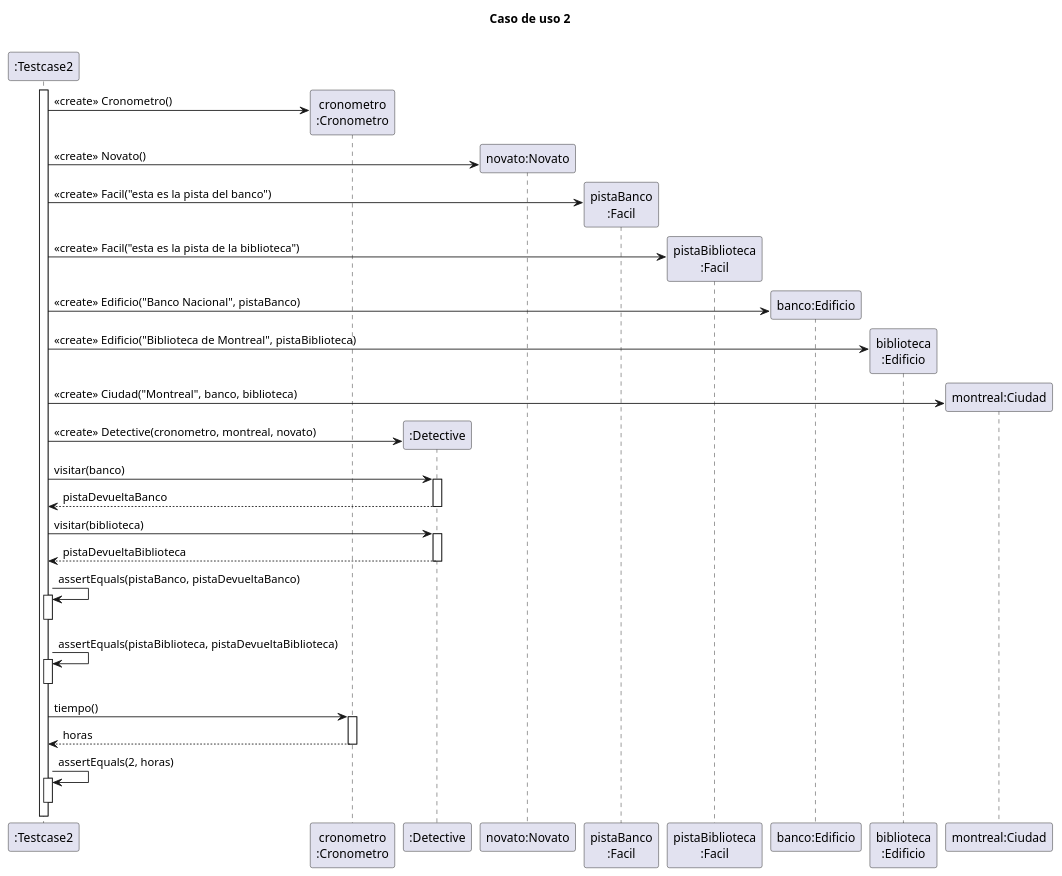
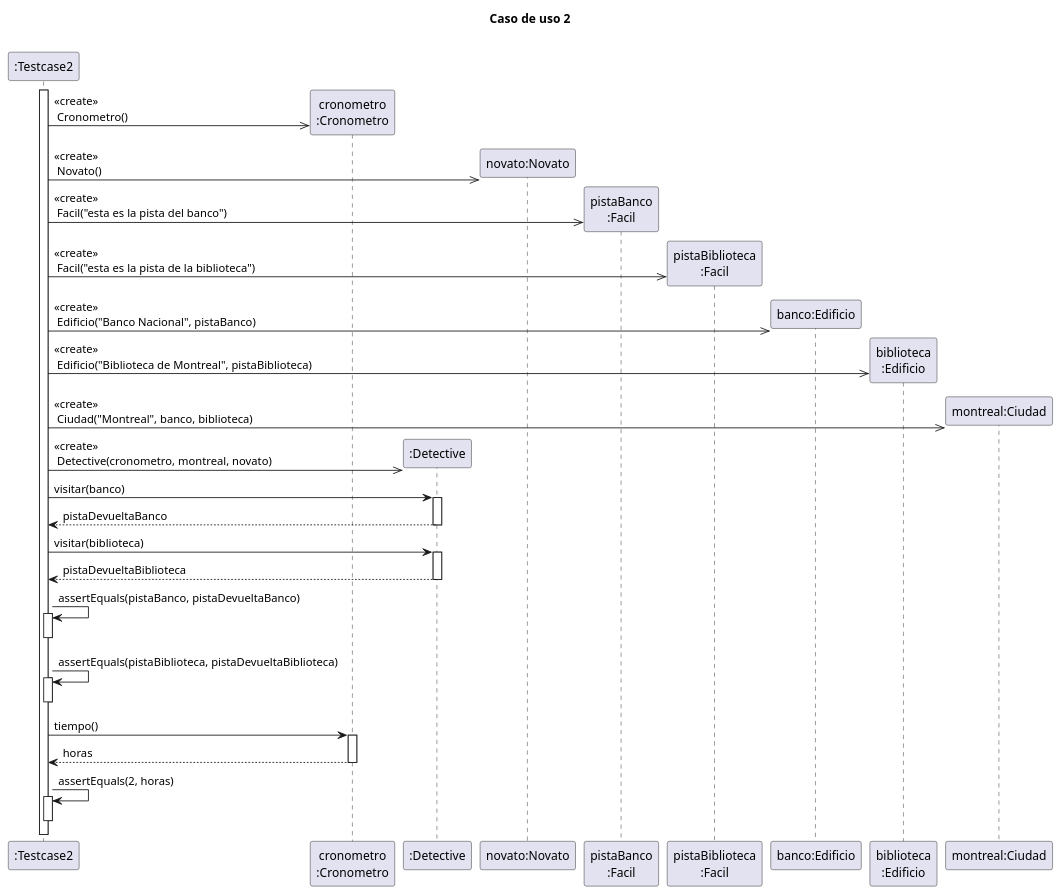
The diagram in diagrams/sequences/secuencia_testcase02.plantuml (MegaRedHand/algo-thief), drawn with PlantUML before and after one commit. The commit also changed 10 other files, not shown here.

```diff
--- a/diagrams/sequences/secuencia_testcase02.plantuml
+++ b/diagrams/sequences/secuencia_testcase02.plantuml
@@ -1,57 +1,57 @@
 @startuml
 
 title "Caso de uso 2"
 
 participant ":Testcase2" as testcase
 participant "cronometro\n:Cronometro" as cron
 participant ":Detective" as detective
 participant "novato:Novato" as novato
 participant "pistaBanco\n:Facil" as pistaBanco
 participant "pistaBiblioteca\n:Facil" as pistaBiblioteca
 participant "banco:Edificio" as banco
 participant "biblioteca\n:Edificio" as biblioteca
 participant "montreal:Ciudad" as montreal
 
 activate testcase
 create cron
-testcase -> cron: <<create>> Cronometro()
+testcase ->> cron: <<create>>\n Cronometro()
 create novato
-testcase -> novato: <<create>> Novato()
+testcase ->> novato: <<create>>\n Novato()
 create pistaBanco
-testcase -> pistaBanco: <<create>> Facil("esta es la pista del banco")
+testcase ->> pistaBanco: <<create>>\n Facil("esta es la pista del banco")
 create pistaBiblioteca
-testcase -> pistaBiblioteca: <<create>> Facil("esta es la pista de la biblioteca")
+testcase ->> pistaBiblioteca: <<create>>\n Facil("esta es la pista de la biblioteca")
 create banco
-testcase -> banco: <<create>> Edificio("Banco Nacional", pistaBanco)
+testcase ->> banco: <<create>>\n Edificio("Banco Nacional", pistaBanco)
 create biblioteca
-testcase -> biblioteca: <<create>> Edificio("Biblioteca de Montreal", pistaBiblioteca)
+testcase ->> biblioteca: <<create>>\n Edificio("Biblioteca de Montreal", pistaBiblioteca)
 create montreal
-testcase -> montreal: <<create>> Ciudad("Montreal", banco, biblioteca)
+testcase ->> montreal: <<create>>\n Ciudad("Montreal", banco, biblioteca)
 create detective
-testcase -> detective: <<create>> Detective(cronometro, montreal, novato)
+testcase ->> detective: <<create>>\n Detective(cronometro, montreal, novato)
 
 testcase -> detective: visitar(banco)
     activate detective
     return pistaDevueltaBanco
 
 testcase -> detective: visitar(biblioteca)
     activate detective
     return pistaDevueltaBiblioteca
 
 testcase -> testcase: assertEquals(pistaBanco, pistaDevueltaBanco)
 activate testcase
 deactivate testcase
 
 testcase -> testcase: assertEquals(pistaBiblioteca, pistaDevueltaBiblioteca)
 activate testcase
 deactivate testcase
 
 testcase -> cron: tiempo()
     activate cron
     return horas
 
 testcase -> testcase: assertEquals(2, horas)
 activate testcase
 deactivate testcase
 
 @enduml
```
